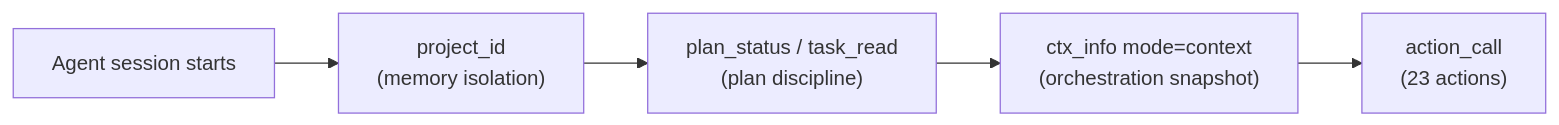
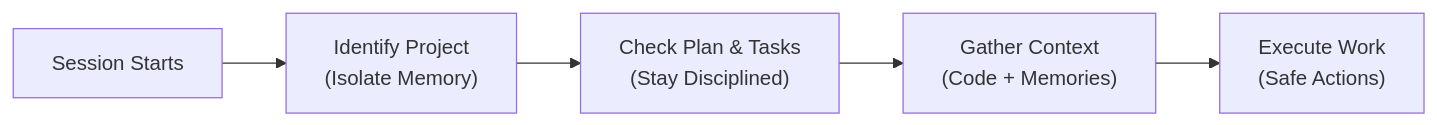
One commit to awsomplak/awlab-ai-assistant changed the second of 2 diagrams in README.md. Above: the diagram before and after it, drawn with Mermaid. The commit also changed other lines of this file and 27 other files, not shown here.

````diff
--- a/README.md
+++ b/README.md
@@ -83,7 +88,7 @@
 ```mermaid
 graph LR
-  A["Agent session starts"] --> B["project_id<br/>(memory isolation)"]
-  B --> C["plan_status / task_read<br/>(plan discipline)"]
-  C --> D["ctx_info mode=context<br/>(orchestration snapshot)"]
-  D --> E["action_call<br/>(23 actions)"]
+  A["Session Starts"] --> B["Identify Project<br/>(Isolate Memory)"]
+  B --> C["Check Plan & Tasks<br/>(Stay Disciplined)"]
+  C --> D["Gather Context<br/>(Code + Memories)"]
+  D --> E["Execute Work<br/>(Safe Actions)"]
 ```
````
